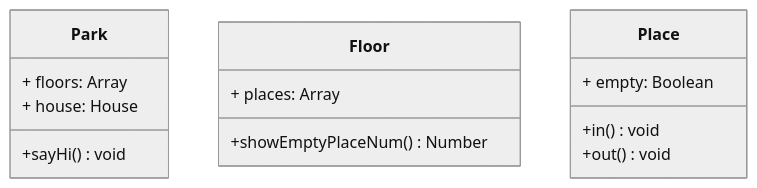
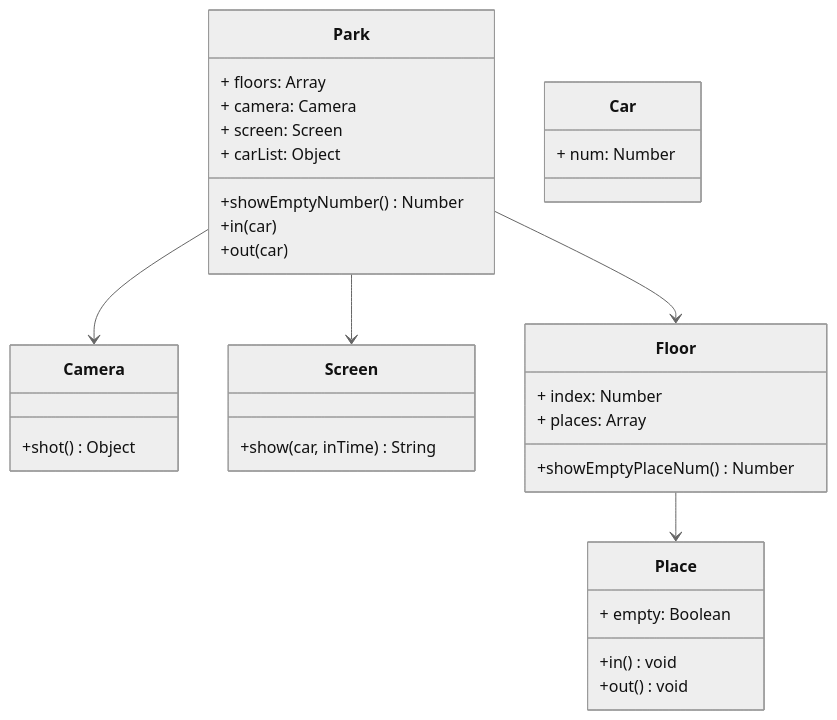
Before and after one commit to fxpby/myblog: the fourth of 4 diagrams in docs/designPattern/uml/uml.md, drawn with Mermaid (neutral theme). The commit also changed other lines of this file, not shown here.

Commit message:
feat: update docs uml.md

````diff
--- a/docs/designPattern/uml/uml.md
+++ b/docs/designPattern/uml/uml.md
@@ -142,18 +142,36 @@
 ```mermaid
 classDiagram
+Park --> Camera
+Park --> Screen
+Park --> Floor
+Floor --> Place
 
 class Park{
     + floors: Array<Floor>
-    + house: House
-    +sayHi () void
+    + camera: Camera
+    + screen: Screen
+    + carList: Object
+    +showEmptyNumber () Number
+    +in (car)
+    +out (car)
+}
+class Car{
+    + num: Number
 }
 class Floor{
+    + index: Number
     + places: Array<Place>
     +showEmptyPlaceNum () Number
 }
 class Place{
     + empty: Boolean
     +in () void
     +out () void
 }
+class Camera{
+    +shot () Object
+}
+class Screen{
+    +show (car, inTime) String
+}
 ```
````
